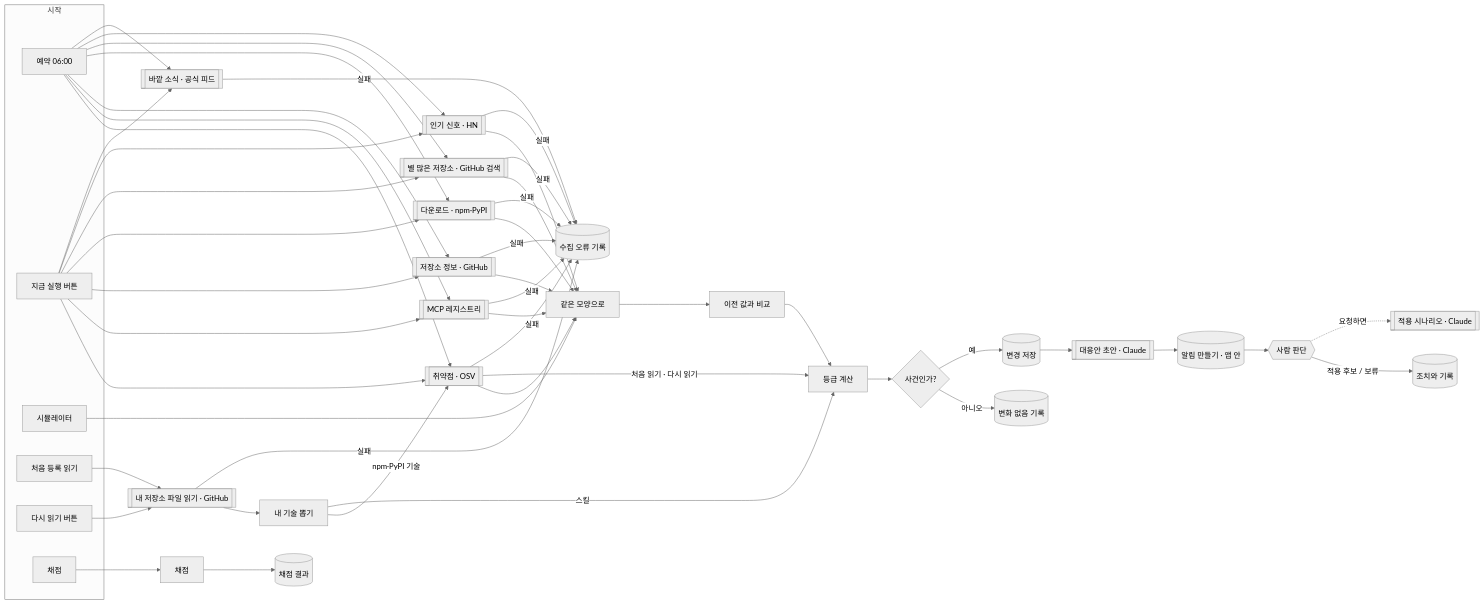
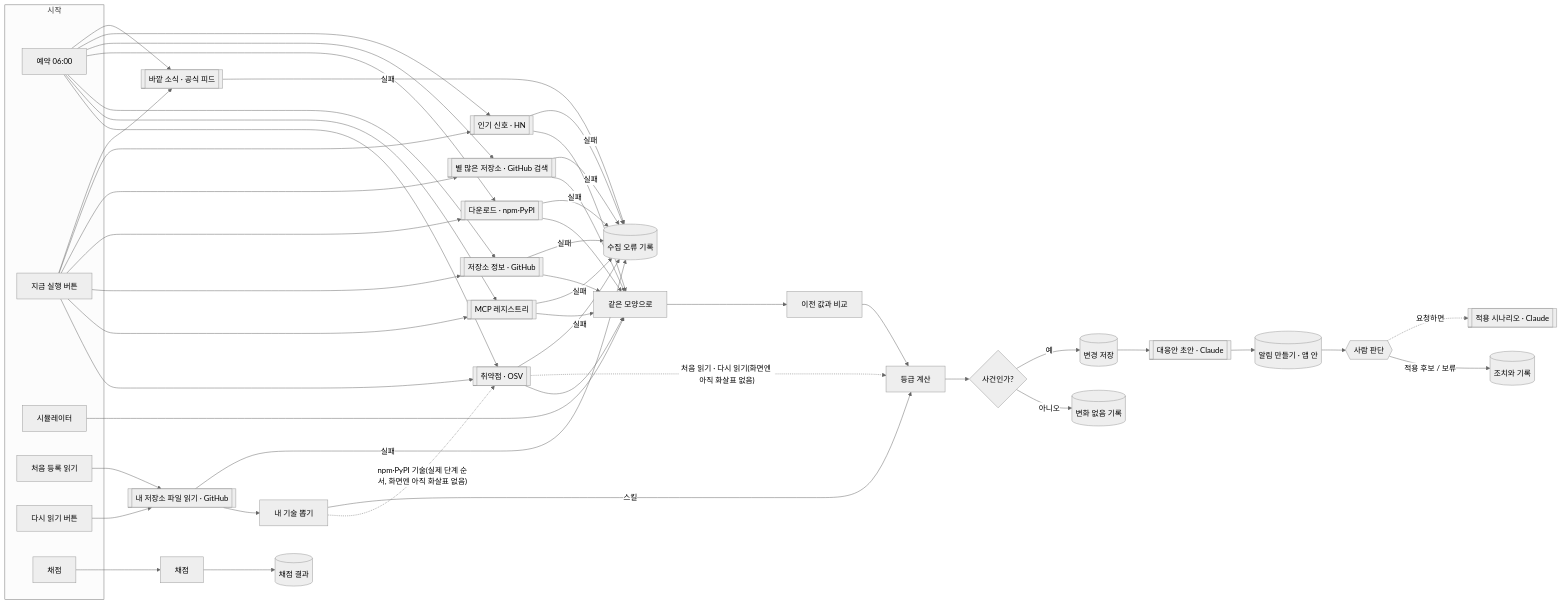
Before and after one commit to tempTechRadar/TechRadar: the diagram in docs/flow.md, drawn with Mermaid (neutral theme). The commit also changed 4 other files, not shown here.

Commit message:
fix: 검토 R1–R4 — 지금 실행 재시도 문구를 실제대로 · 챗봇 남은 질문을 서버 한도와 같게 · 알림 여러 건 실행의 판단 색 · flow.md 그림 점선 — I-c-quality-1123

````diff
--- a/docs/flow.md
+++ b/docs/flow.md
@@ -10,25 +10,25 @@
 ```mermaid
 flowchart LR
   subgraph 시작
     S1[예약 06:00]
     S2[지금 실행 버튼]
     S3[시뮬레이터]
     S4[처음 등록 읽기]
     S5[다시 읽기 버튼]
     S6[채점]
   end
   S1 & S2 --> F1[[취약점 · OSV]] & F2[[MCP 레지스트리]] & F3[[저장소 정보 · GitHub]] & F4[[다운로드 · npm·PyPI]] & F5[[별 많은 저장소 · GitHub 검색]] & F6[[인기 신호 · HN]] & F7[[바깥 소식 · 공식 피드]]
   F1 & F2 & F3 & F4 & F5 & F6 --> N[같은 모양으로] --> C[이전 값과 비교] --> G[등급 계산]
   S3 --> N
   S4 & S5 --> R[[내 저장소 파일 읽기 · GitHub]] --> X[내 기술 뽑기]
-  X -- npm·PyPI 기술 --> F1
-  F1 -- 처음 읽기 · 다시 읽기 --> G
+  X -. npm·PyPI 기술(실제 단계 순서, 화면엔 아직 화살표 없음) .-> F1
+  F1 -. 처음 읽기 · 다시 읽기(화면엔 아직 화살표 없음) .-> G
   X -- 스킬 --> G
   G --> B{사건인가?}
   B -- 아니오 --> NC[(변화 없음 기록)]
   B -- 예 --> CH[(변경 저장)] --> SM[[대응안 초안 · Claude]] --> AL[(알림 만들기 · 앱 안)] --> H{{사람 판단}}
   H -- 적용 후보 / 보류 --> AR[(조치와 기록)]
   H -. 요청하면 .-> SC[[적용 시나리오 · Claude]]
   F1 & F2 & F3 & F4 & F5 & F6 & F7 & R -- 실패 --> E[(수집 오류 기록)]
   S6 --> SC2[채점] --> SV[(채점 결과)]
 ```
````
